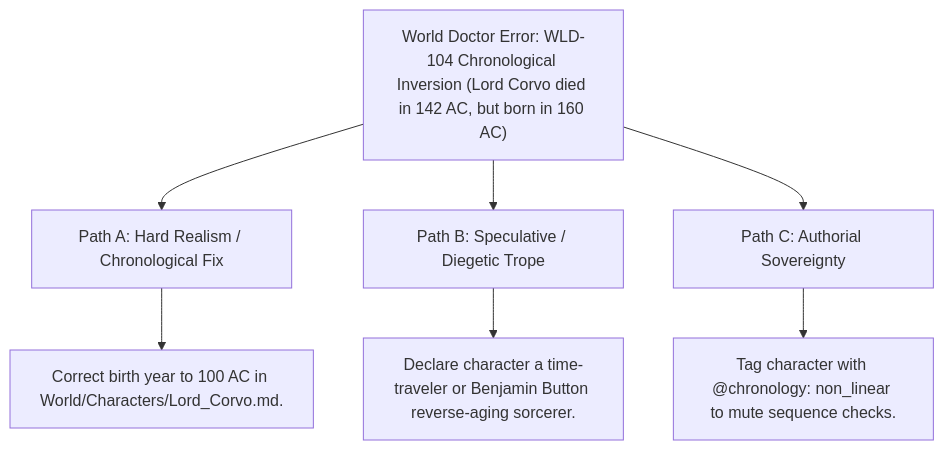
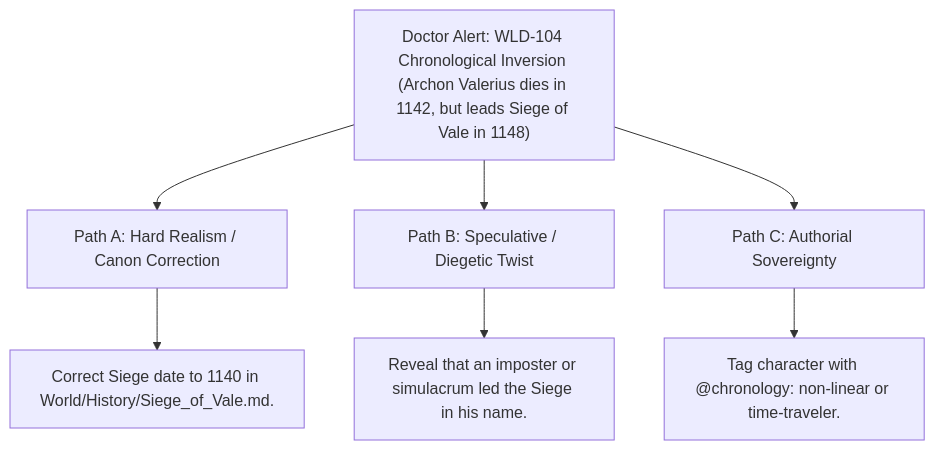
One commit to aryansinghnagar/Ars-Arcanum changed the second of 2 diagrams in docs/WORLD_DOCTOR.md. Above: the diagram before and after it, drawn with Mermaid. The commit also changed other lines of this file and 239 other files, not shown here.

First line of the commit message:
feat(v5.0.0): streamline to 47 deterministic engines, zero-pip architecture, and encyclopedic craft references

````diff
--- a/docs/WORLD_DOCTOR.md
+++ b/docs/WORLD_DOCTOR.md
@@ -95,10 +154,10 @@
 ```mermaid
 flowchart TD
-    Alert["World Doctor Error: WLD-104 Chronological Inversion (Lord Corvo died in 142 AC, but born in 160 AC)"] --> PathA["Path A: Hard Realism / Chronological Fix"]
-    Alert --> PathB["Path B: Speculative / Diegetic Trope"]
+    Alert["Doctor Alert: WLD-104 Chronological Inversion (Archon Valerius dies in 1142, but leads Siege of Vale in 1148)"] --> PathA["Path A: Hard Realism / Canon Correction"]
+    Alert --> PathB["Path B: Speculative / Diegetic Twist"]
     Alert --> PathC["Path C: Authorial Sovereignty"]
     
-    PathA --> SolA["Correct birth year to 100 AC in World/Characters/Lord_Corvo.md."]
-    PathB --> SolB["Declare character a time-traveler or Benjamin Button reverse-aging sorcerer."]
-    PathC --> SolC["Tag character with @chronology: non_linear to mute sequence checks."]
+    PathA --> SolA["Correct Siege date to 1140 in World/History/Siege_of_Vale.md."]
+    PathB --> SolB["Reveal that an imposter or simulacrum led the Siege in his name."]
+    PathC --> SolC["Tag character with @chronology: non-linear or time-traveler."]
 ```
````
